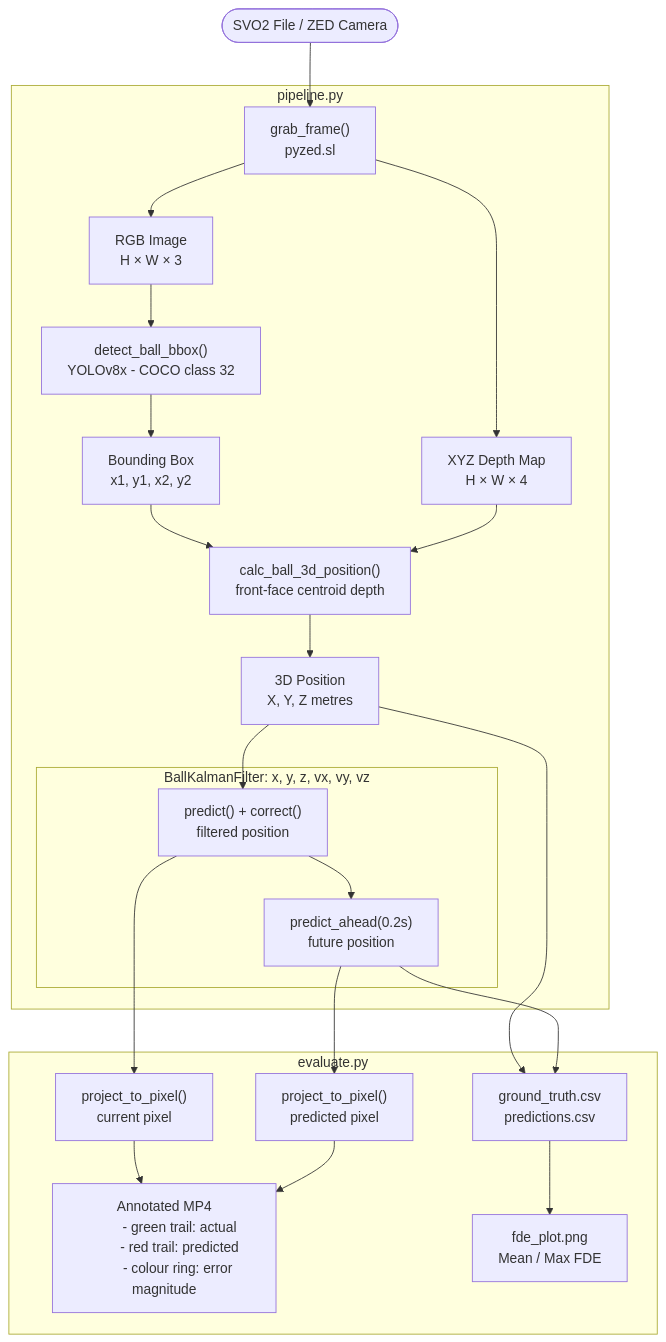
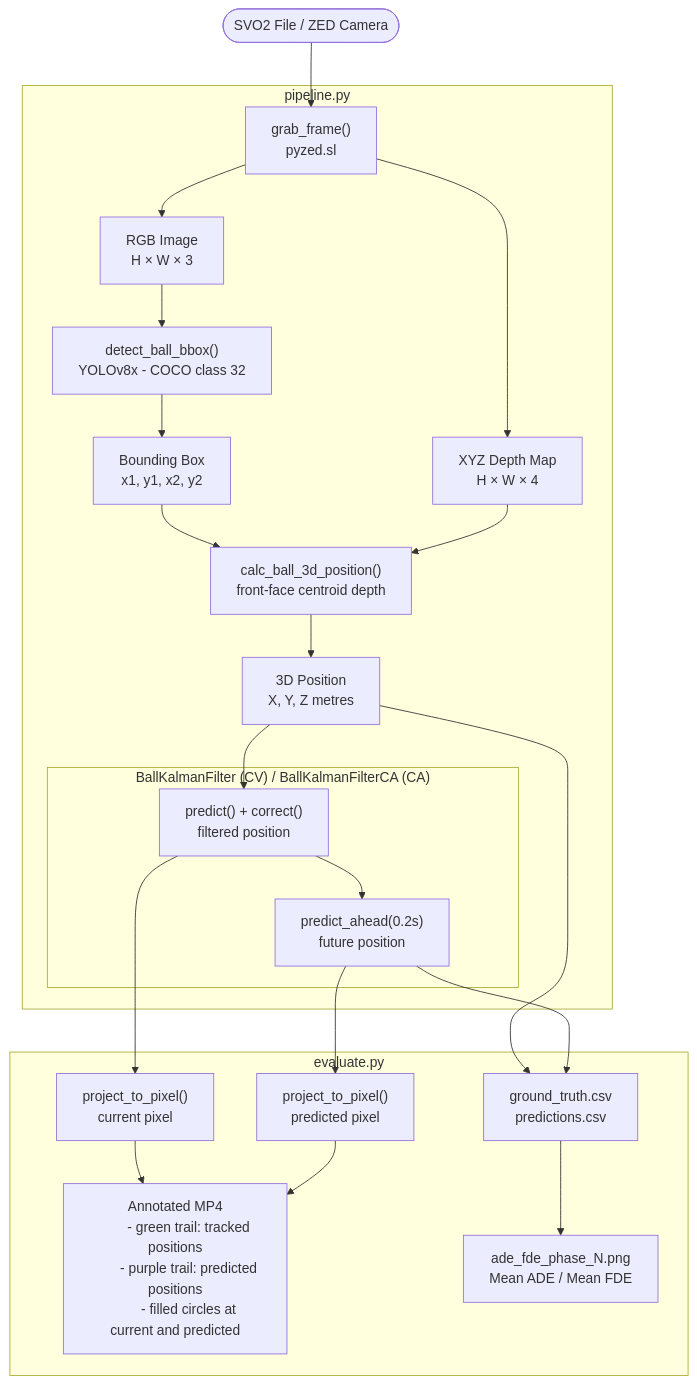
Before and after one commit to Vivaldi42/moving-obstacle-prediction: the diagram in 3dpipe/docs/system_design/architecture.md, drawn with Mermaid. The commit also changed 1 other file, not shown here.

Commit message:
Update system design

````diff
--- a/3dpipe/docs/system_design/architecture.md
+++ b/3dpipe/docs/system_design/architecture.md
@@ -3,57 +3,57 @@
 ```mermaid
 flowchart TD
     INPUT([SVO2 File / ZED Camera])
 
     INPUT --> GRAB
 
     subgraph pipeline.py
         GRAB["grab_frame()
         pyzed.sl"]
 
         GRAB --> RGB["RGB Image
         H × W × 3"]
         GRAB --> XYZ["XYZ Depth Map
         H × W × 4"]
 
         RGB --> DETECT["detect_ball_bbox()
         YOLOv8x - COCO class 32"]
         DETECT --> BBOX["Bounding Box
         x1, y1, x2, y2"]
 
         BBOX --> DEPTH["calc_ball_3d_position()
         front-face centroid depth"]
         XYZ --> DEPTH
 
         DEPTH --> POS["3D Position
         X, Y, Z  metres"]
 
         POS --> PRED
 
-        subgraph KF["BallKalmanFilter: x, y, z, vx, vy, vz"]
+        subgraph KF["BallKalmanFilter (CV) / BallKalmanFilterCA (CA)"]
             PRED["predict() + correct()
             filtered position"]
             PRED --> AHEAD["predict_ahead(0.2s)
             future position"]
         end
     end
 
     subgraph evaluate.py
         PRED --> P2P_CUR["project_to_pixel()
         current pixel"]
         AHEAD --> P2P_PRED["project_to_pixel()
         predicted pixel"]
 
         P2P_CUR --> VID["Annotated MP4
-        - green trail: actual
-        - red trail: predicted
-        - colour ring: error magnitude"]
+        - green trail: tracked positions
+        - purple trail: predicted positions
+        - filled circles at current and predicted"]
         P2P_PRED --> VID
 
         POS --> CSV["ground_truth.csv
         predictions.csv"]
         AHEAD --> CSV
 
-        CSV --> PLOT["fde_plot.png
-        Mean / Max FDE"]
+        CSV --> PLOT["ade_fde_phase_N.png
+        Mean ADE / Mean FDE"]
     end
 ```
````
